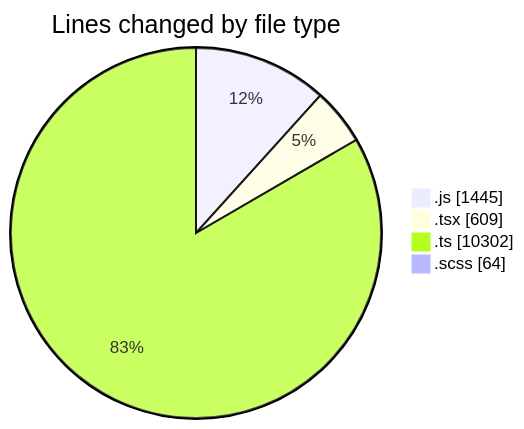
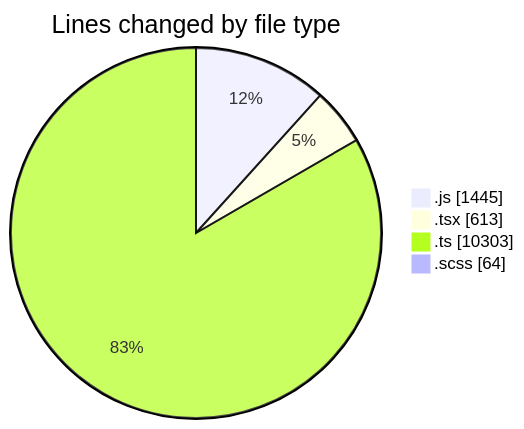
The first of 2 diagrams in 2025-03-13/cda/README.md (momahboobian/code-tracking), drawn with Mermaid before and after one commit. The commit also changed other lines of this file and 1 other file, not shown here.

````diff
--- a/2025-03-13/cda/README.md
+++ b/2025-03-13/cda/README.md
@@ -33,8 +33,8 @@
 ```mermaid
 pie showData
 title Lines changed by file type
 ".js" : 1445
-".tsx" : 609
-".ts" : 10302
+".tsx" : 613
+".ts" : 10303
 ".scss" : 64
 ```
````
